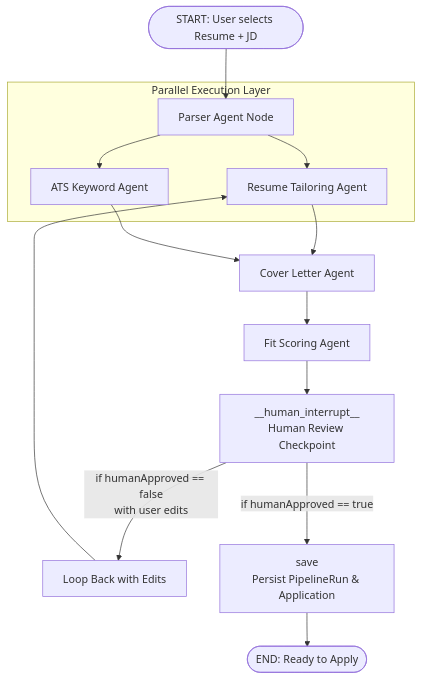
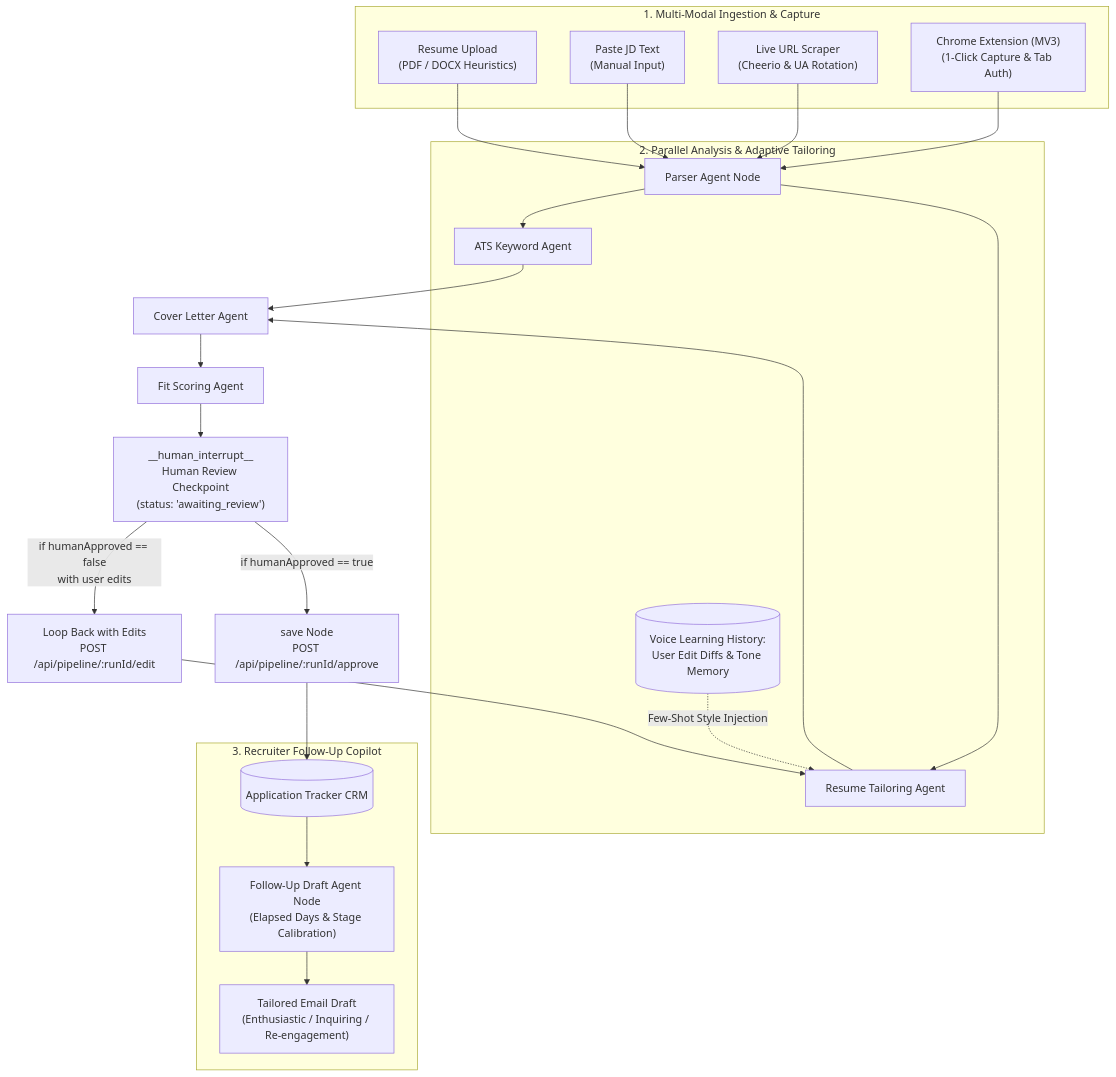
The first of 8 diagrams in README.md (nzaman7878/ApplyForge-Multi-Agent-Job-Application-Copilot), drawn with Mermaid before and after one commit. The commit also changed other lines of this file and 1 other file, not shown here.

````diff
--- a/README.md
+++ b/README.md
@@ -49,21 +51,37 @@
 ```mermaid
 graph TD
-    START([START: User selects Resume + JD]) --> Parser[Parser Agent Node]
+    subgraph IngestionSources ["1. Multi-Modal Ingestion & Capture"]
+        Upload["Resume Upload<br>(PDF / DOCX Heuristics)"]
+        PasteJD["Paste JD Text<br>(Manual Input)"]
+        URLScraper["Live URL Scraper<br>(Cheerio & UA Rotation)"]
+        Extension["Chrome Extension (MV3)<br>(1-Click Capture & Tab Auth)"]
+    end
+
+    Upload --> Parser[Parser Agent Node]
+    PasteJD --> Parser
+    URLScraper --> Parser
+    Extension --> Parser
     
-    subgraph ParallelExecution ["Parallel Execution Layer"]
+    subgraph ParallelExecution ["2. Parallel Analysis & Adaptive Tailoring"]
+        Parser --> ATSAgent[ATS Keyword Agent]
         Parser --> ResumeTailor[Resume Tailoring Agent]
-        Parser --> ATSAgent[ATS Keyword Agent]
+        VoiceStore[(Voice Learning History:<br>User Edit Diffs & Tone Memory)] -.->|Few-Shot Style Injection| ResumeTailor
     end
     
     ResumeTailor --> CoverLetter[Cover Letter Agent]
     ATSAgent --> CoverLetter
     
     CoverLetter --> FitScoring[Fit Scoring Agent]
-    FitScoring --> Checkpoint["__human_interrupt__<br>Human Review Checkpoint"]
+    FitScoring --> Checkpoint["__human_interrupt__<br>Human Review Checkpoint<br>(status: 'awaiting_review')"]
     
-    Checkpoint -->|if humanApproved == false<br>with user edits| LoopBack["Loop Back with Edits"]
+    Checkpoint -->|if humanApproved == false<br>with user edits| LoopBack["Loop Back with Edits<br>POST /api/pipeline/:runId/edit"]
     LoopBack --> ResumeTailor
     
-    Checkpoint -->|if humanApproved == true| SaveNode["save<br>Persist PipelineRun & Application"]
-    SaveNode --> END([END: Ready to Apply])
+    Checkpoint -->|if humanApproved == true| SaveNode["save Node<br>POST /api/pipeline/:runId/approve"]
+    SaveNode --> TrackerCRM[(Application Tracker CRM)]
+    
+    subgraph FollowUpEngine ["3. Recruiter Follow-Up Copilot"]
+        TrackerCRM --> FollowUpAgent["Follow-Up Draft Agent Node<br>(Elapsed Days & Stage Calibration)"]
+        FollowUpAgent --> EmailDraft["Tailored Email Draft<br>(Enthusiastic / Inquiring / Re-engagement)"]
+    end
 ```
````
